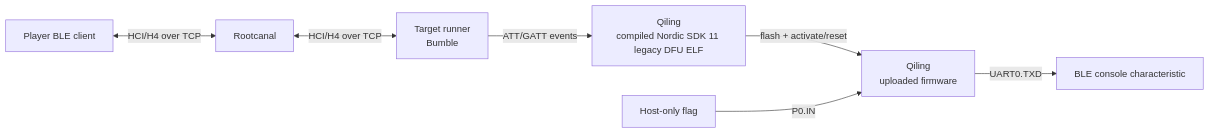
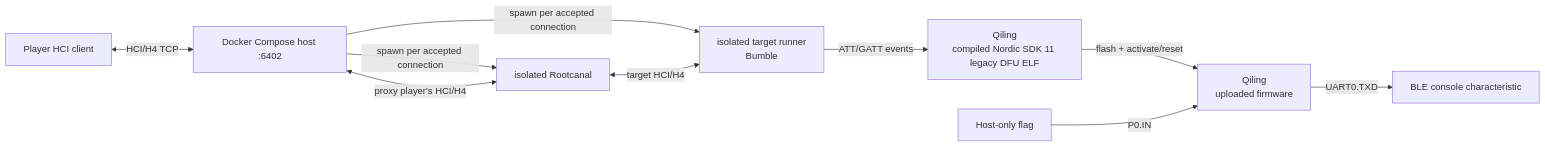
One commit to asef18766/yaju-os changed the diagram in README.md. Above: the diagram before and after it, drawn with Mermaid. The commit also changed other lines of this file and 10 other files, not shown here.

Commit message:
feat: add per-connection compose challenge host

````diff
--- a/README.md
+++ b/README.md
@@ -9,9 +9,12 @@
 ```mermaid
 flowchart LR
-    Player["Player BLE client"] <-->|"HCI/H4 over TCP"| Rootcanal["Rootcanal"]
-    Rootcanal <-->|"HCI/H4 over TCP"| Target["Target runner<br/>Bumble"]
+    Player["Player HCI client"] <-->|"HCI/H4 TCP"| Host["Docker Compose host :6402"]
+    Host -->|"spawn per accepted connection"| Rootcanal["isolated Rootcanal"]
+    Host -->|"spawn per accepted connection"| Target["isolated target runner<br/>Bumble"]
+    Host <-->|"proxy player's HCI/H4"| Rootcanal
+    Rootcanal <-->|"target HCI/H4"| Target
     Target -->|"ATT/GATT events"| Dfu["Qiling<br/>compiled Nordic SDK 11 legacy DFU ELF"]
     Dfu -->|"flash + activate/reset"| App["Qiling<br/>uploaded firmware"]
     Secret["Host-only flag"] -->|"P0.IN"| App
     App -->|"UART0.TXD"| Console["BLE console characteristic"]
 ```
````
